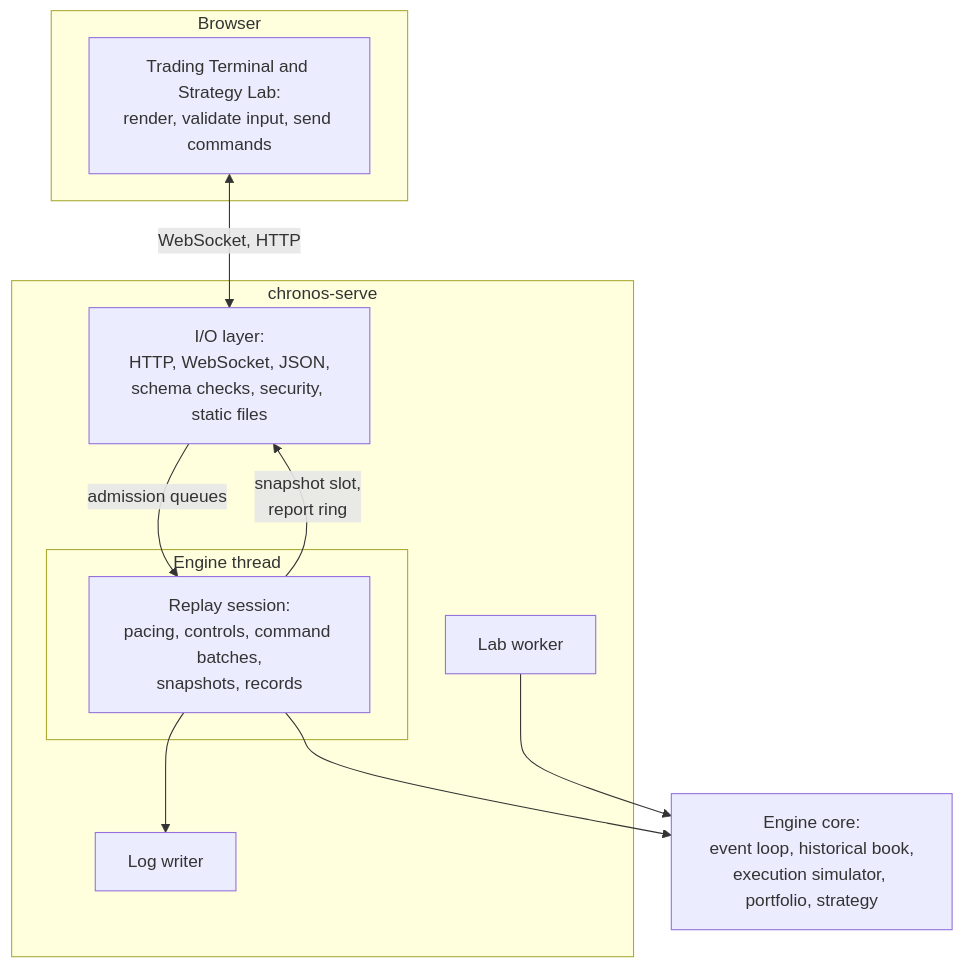
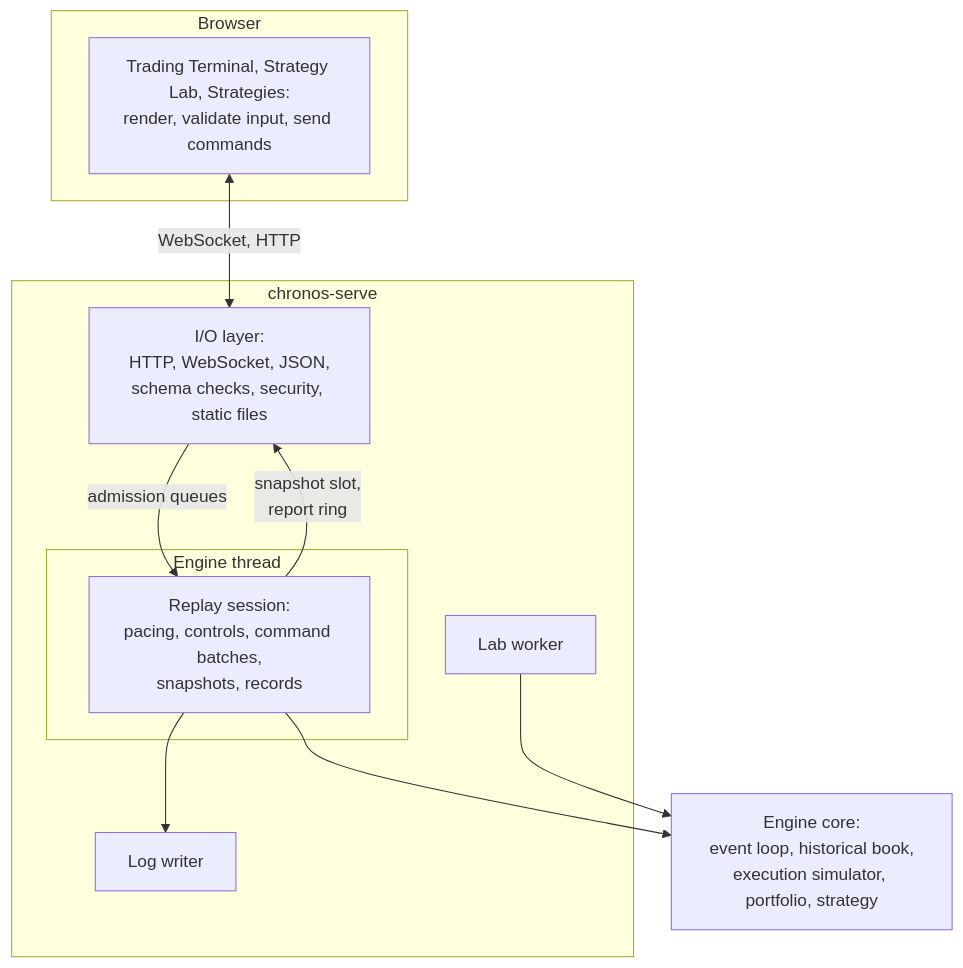
One commit to JaskaranSingh-01/Chronos changed the first of 2 diagrams in docs/architecture/web-terminal.md. Above: the diagram before and after it, drawn with Mermaid. The commit also changed other lines of this file and 39 other files, not shown here.

````diff
--- a/docs/architecture/web-terminal.md
+++ b/docs/architecture/web-terminal.md
@@ -10,21 +10,21 @@
 ```mermaid
 flowchart TB
     subgraph Browser
-        UI[Trading Terminal and Strategy Lab:<br/>render, validate input, send commands]
+        UI[Trading Terminal, Strategy Lab, Strategies:<br/>render, validate input, send commands]
     end
     subgraph Server["chronos-serve"]
         IO[I/O layer:<br/>HTTP, WebSocket, JSON,<br/>schema checks, security, static files]
         subgraph Engine["Engine thread"]
             SS[Replay session:<br/>pacing, controls, command batches,<br/>snapshots, records]
         end
         LW[Log writer]
         LAB[Lab worker]
     end
     CORE[Engine core:<br/>event loop, historical book,<br/>execution simulator, portfolio, strategy]
     UI <-->|WebSocket, HTTP| IO
     IO -->|admission queues| SS
     SS -->|snapshot slot,<br/>report ring| IO
     SS --> LW
     SS --> CORE
     LAB --> CORE
 ```
````
